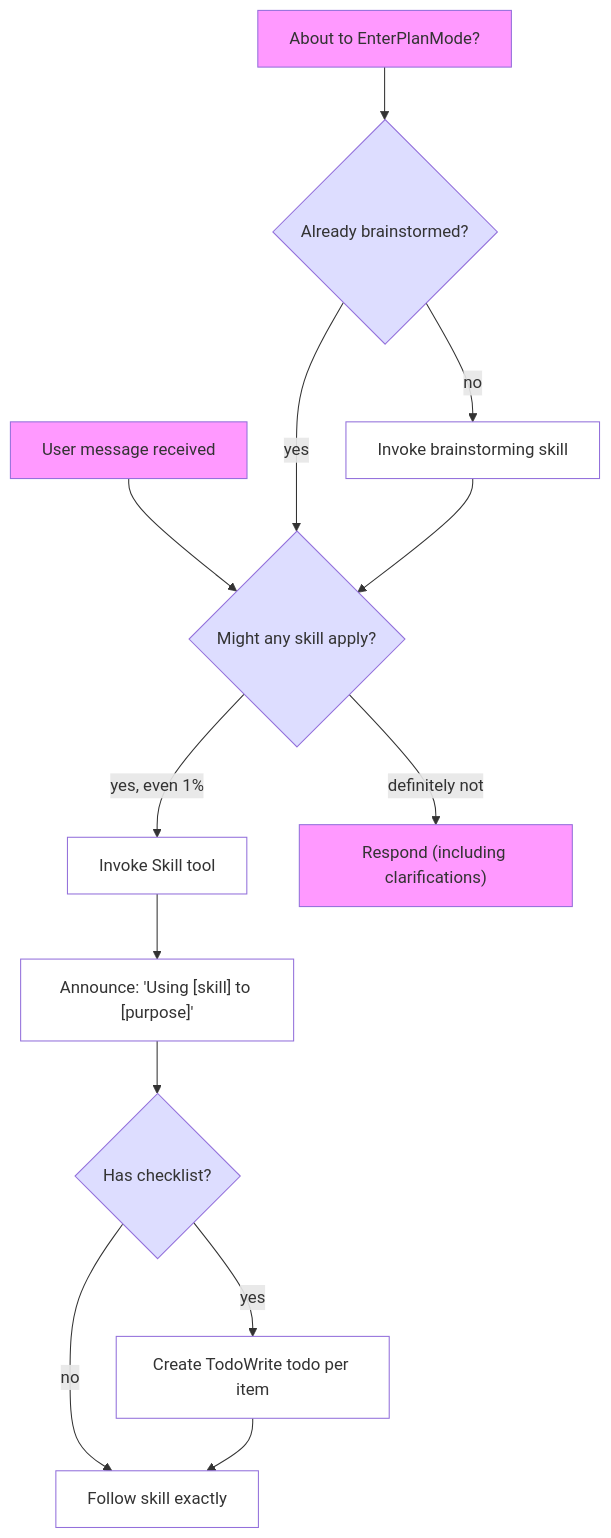
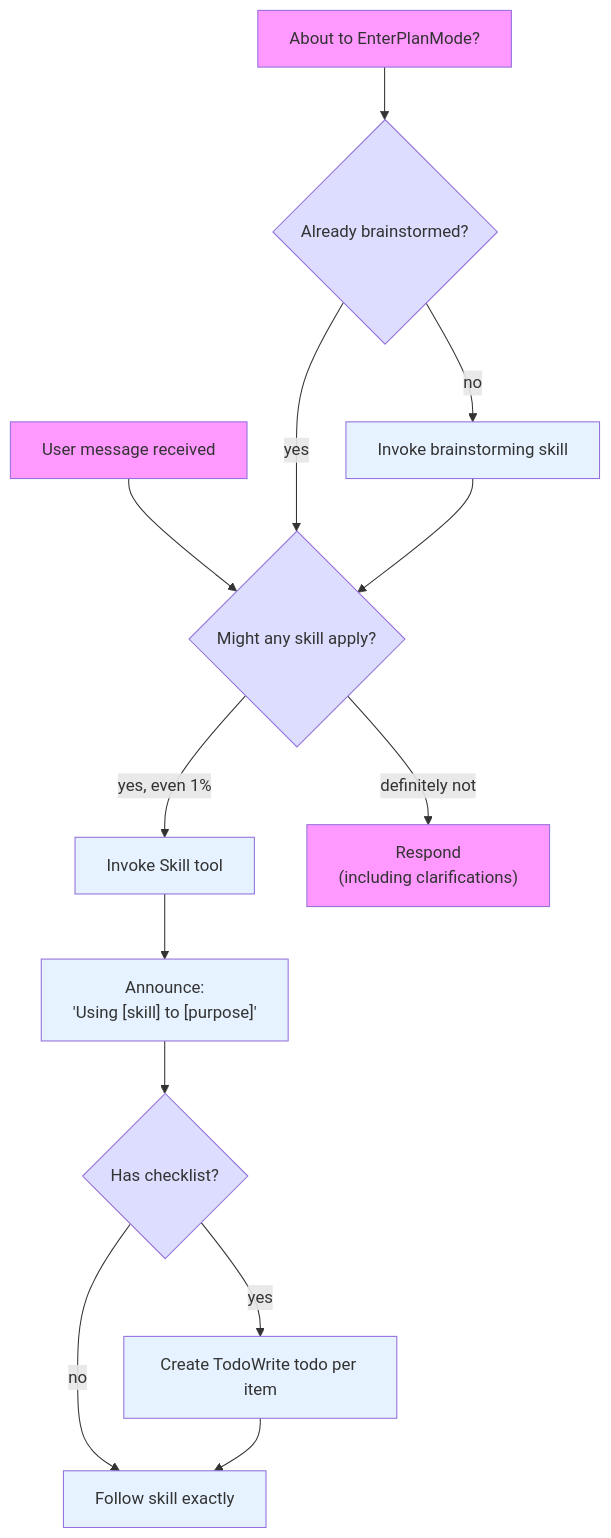
The diagram in skills/using-superpowers/SKILL.md (Ts-sound/superpowers), drawn with Mermaid before and after one commit. The commit also changed 6 other files, not shown here.

Commit message:
feat: update diagrams to use mermaid syntax for improved clarity and visualization across multiple skills

````diff
--- a/skills/using-superpowers/SKILL.md
+++ b/skills/using-superpowers/SKILL.md
@@ -26,27 +26,24 @@
 ```mermaid
 graph TD
     A["User message received"] --> D{"Might any skill apply?"};
     B["About to EnterPlanMode?"] --> C{"Already brainstormed?"};
     C -->|no| E["Invoke brainstorming skill"];
     C -->|yes| D;
     E --> D;
     D -->|yes, even 1%| F["Invoke Skill tool"];
-    D -->|definitely not| L["Respond (including clarifications)"];
-    F --> G["Announce: 'Using [skill] to [purpose]'"];
+    D -->|definitely not| L["Respond <br> (including clarifications)"];
+    F --> G["Announce:  <br> 'Using [skill] to [purpose]'"];
     G --> H{"Has checklist?"};
     H -->|yes| I["Create TodoWrite todo per item "];
     H -->|no| J["Follow skill exactly"];
     I --> J;
 
-    %% 样式定义，模拟doublecircle效果
     classDef endnode fill:#f9f;
-    %% 菱形（判断节点）默认样式
     classDef decision fill:#ddf;
-    %% 矩形（操作节点）默认样式
-    classDef process fill:#fff;
+    classDef process fill:#e6f2ff;
     
     %% 给节点分配样式
     class A,B,L endnode;
     class C,D,H decision;
     class E,F,G,I,J process;
 ```
````
